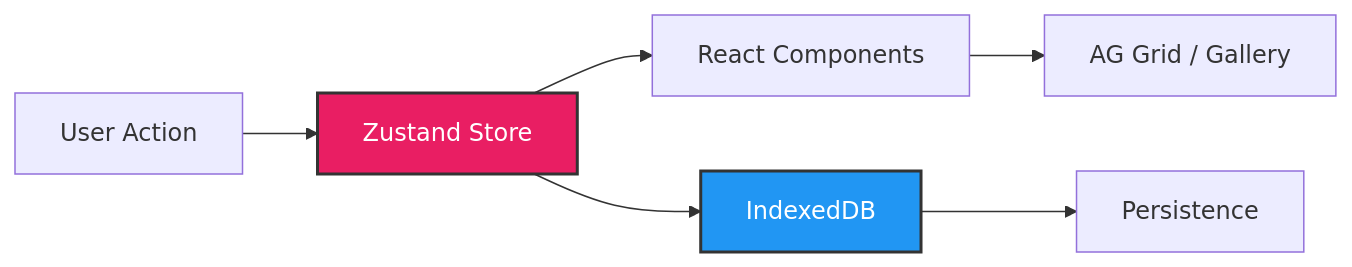
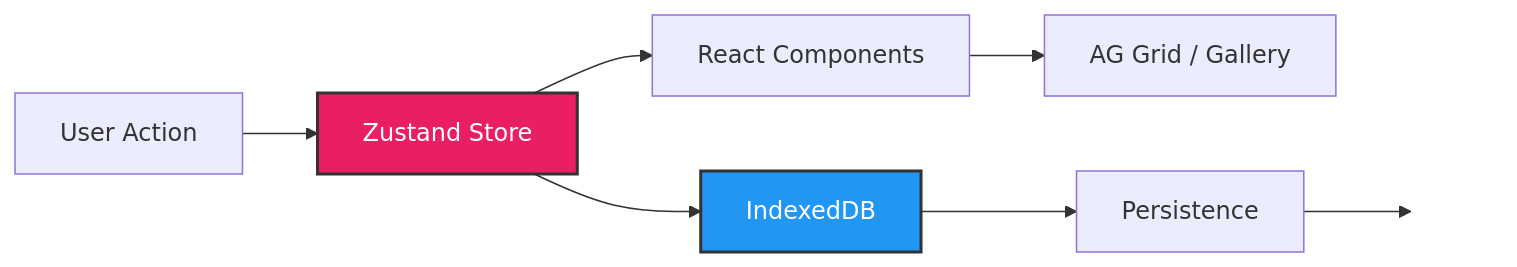
Before and after one commit to Ved-Padmawar/Full_Addon_V2: the diagram in Readme.md, drawn with Mermaid.

````diff
--- a/Readme.md
+++ b/Readme.md
@@ -326,11 +326,13 @@
 ```mermaid
 graph LR
     A[User Action] --> B[Zustand Store]
     B --> C[React Components]
     C --> D[AG Grid / Gallery]
     B --> E[IndexedDB]
     E --> F[Persistence]
+    F --> G[ ]
 
     style B fill:#e91e63,stroke:#333,stroke-width:2px,color:#fff
     style E fill:#2196f3,stroke:#333,stroke-width:2px,color:#fff
+    style G fill:none,stroke:none
 ```
````
